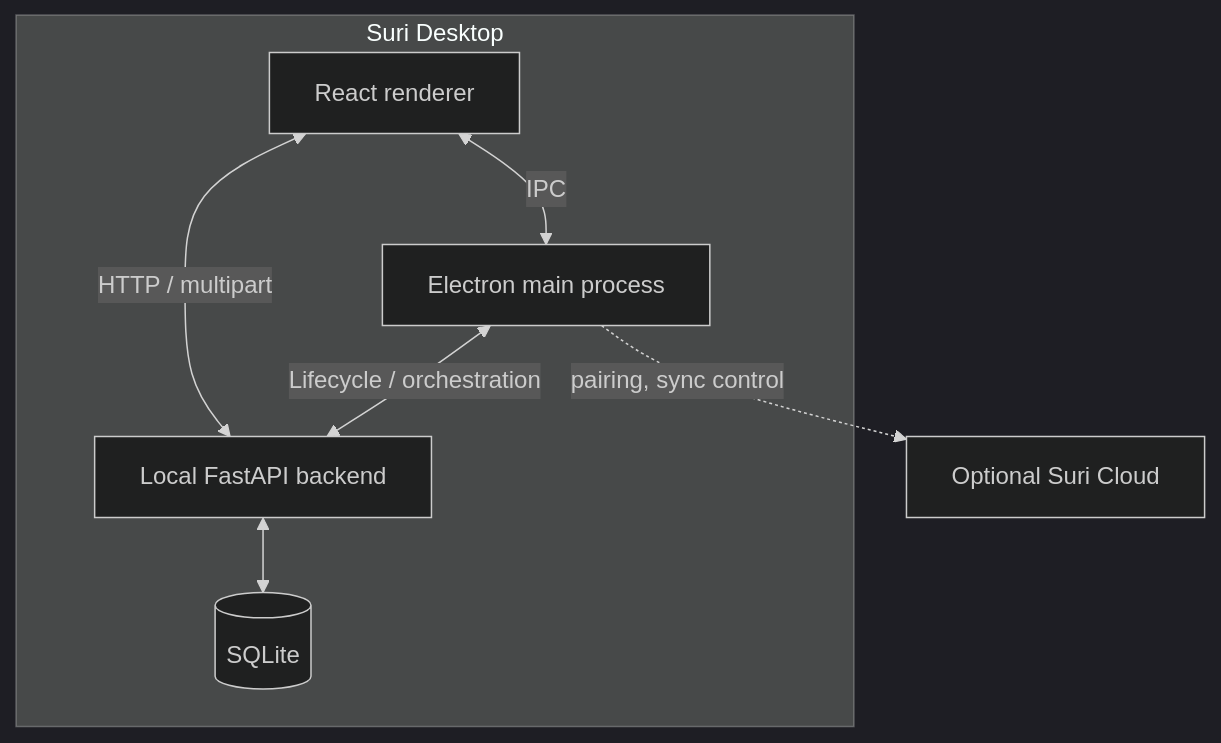
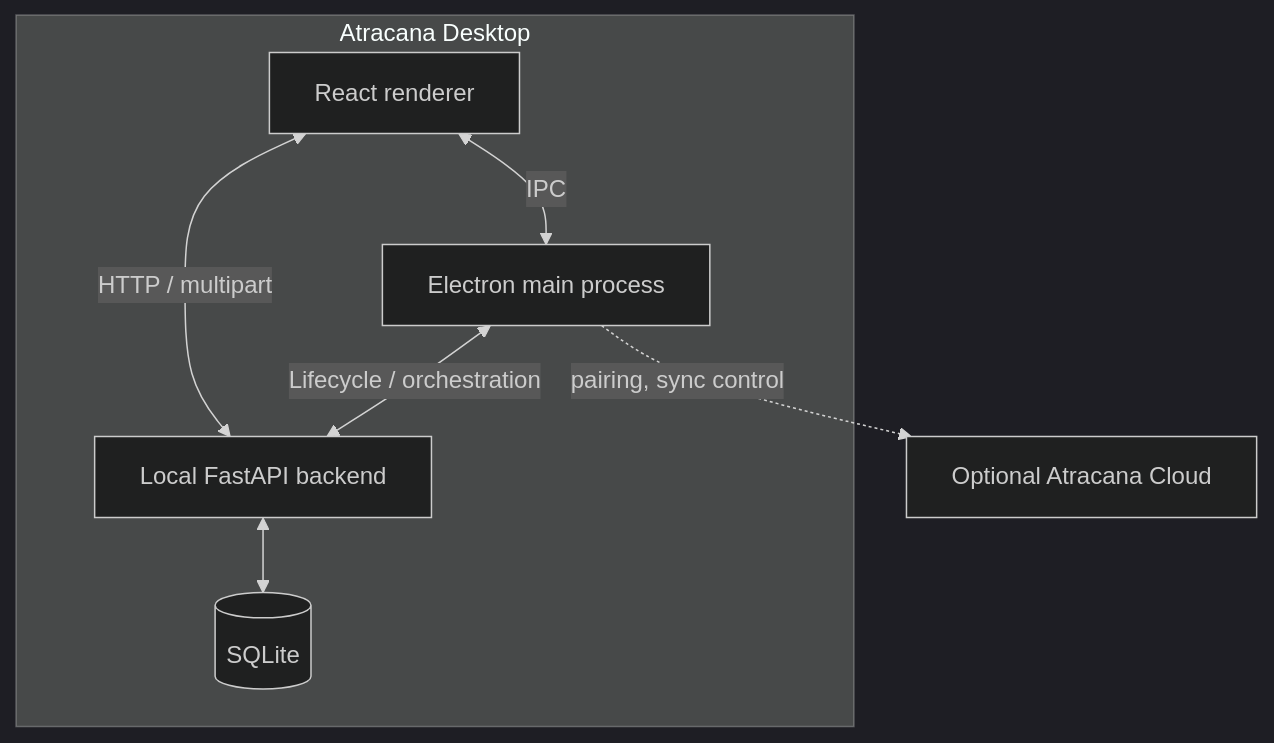
The diagram in docs/ARCHITECTURE.md (SuriAI/suri), drawn with Mermaid (dark theme) before and after one commit. The commit also changed other lines of this file and 66 other files, not shown here.

````diff
--- a/docs/ARCHITECTURE.md
+++ b/docs/ARCHITECTURE.md
@@ -15,18 +15,18 @@
 ```mermaid
 graph TD
-    subgraph Desktop["Suri Desktop"]
+    subgraph Desktop["Atracana Desktop"]
         UI["React renderer"]
         MAIN["Electron main process"]
         API["Local FastAPI backend"]
         DB[("SQLite")]
 
         UI <-->|IPC| MAIN
         UI <-->|HTTP / multipart| API
         MAIN <-->|Lifecycle / orchestration| API
         API <--> DB
     end
 
-    CLOUD["Optional Suri Cloud"]
+    CLOUD["Optional Atracana Cloud"]
 
     MAIN -. pairing, sync control .-> CLOUD
 ```
````
